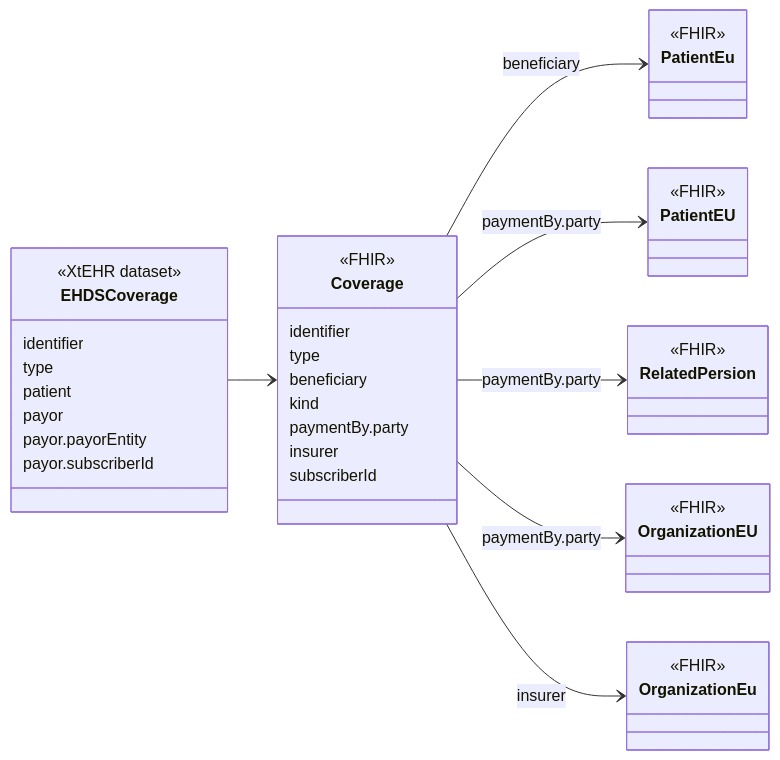
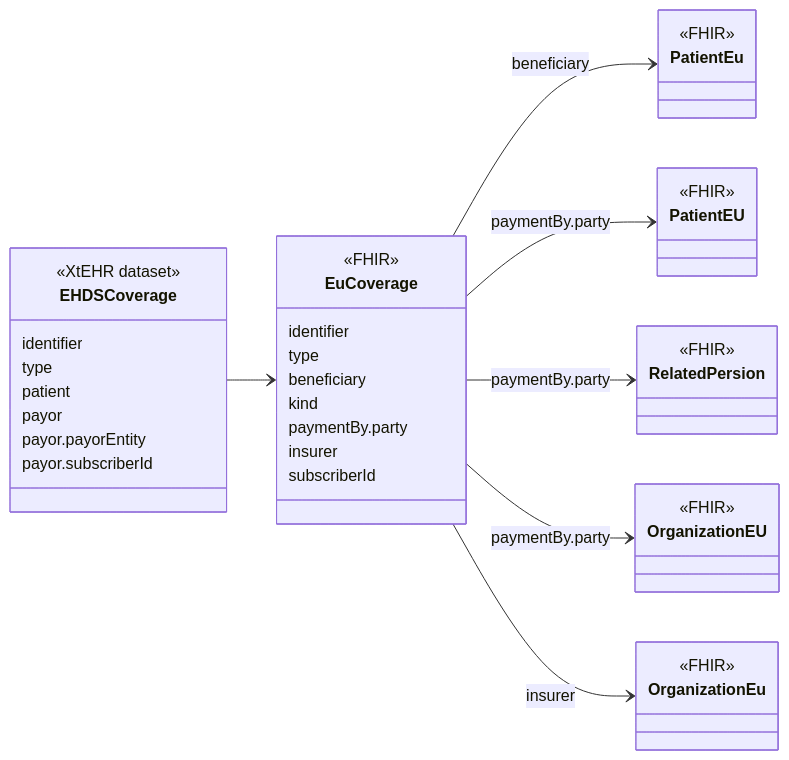
Before and after one commit to oijauregui/ehdsimaging: the diagram in input/intro-notes/ConceptMap-EHDSCoverageMap-intro.md, drawn with Mermaid. The commit also changed 138 other files, not shown here.

````diff
--- a/input/intro-notes/ConceptMap-EHDSCoverageMap-intro.md
+++ b/input/intro-notes/ConceptMap-EHDSCoverageMap-intro.md
@@ -5,46 +5,46 @@
 ```mermaid
 classDiagram
 direction LR
 class EHDSCoverage {
   <<XtEHR dataset>>
   identifier
   type
   patient
   payor
   payor.payorEntity
   payor.subscriberId
 }
 link EHDSCoverage "https://build.fhir.org/ig/Xt-EHR/xt-ehr-common/StructureDefinition-EHDSCoverage.html"
-class Coverage{
+class EuCoverage{
   <<FHIR>>
   identifier
   type
   beneficiary
   kind
   paymentBy.party
   insurer
   subscriberId
 }
 
 class PatientEu {
   <<FHIR>>
 }
 class PatientEU {
   <<FHIR>>
 }
 class  RelatedPersion {
   <<FHIR>>
 }
 class  OrganizationEU {
   <<FHIR>>
 }
 class OrganizationEu {
   <<FHIR>>
 }
-EHDSCoverage --> Coverage
-Coverage --> PatientEu : beneficiary
-Coverage --> PatientEU : paymentBy.party
-Coverage -->  RelatedPersion : paymentBy.party
-Coverage -->  OrganizationEU : paymentBy.party
-Coverage --> OrganizationEu : insurer
+EHDSCoverage --> EuCoverage
+EuCoverage --> PatientEu : beneficiary
+EuCoverage --> PatientEU : paymentBy.party
+EuCoverage -->  RelatedPersion : paymentBy.party
+EuCoverage -->  OrganizationEU : paymentBy.party
+EuCoverage --> OrganizationEu : insurer
 ```
````
